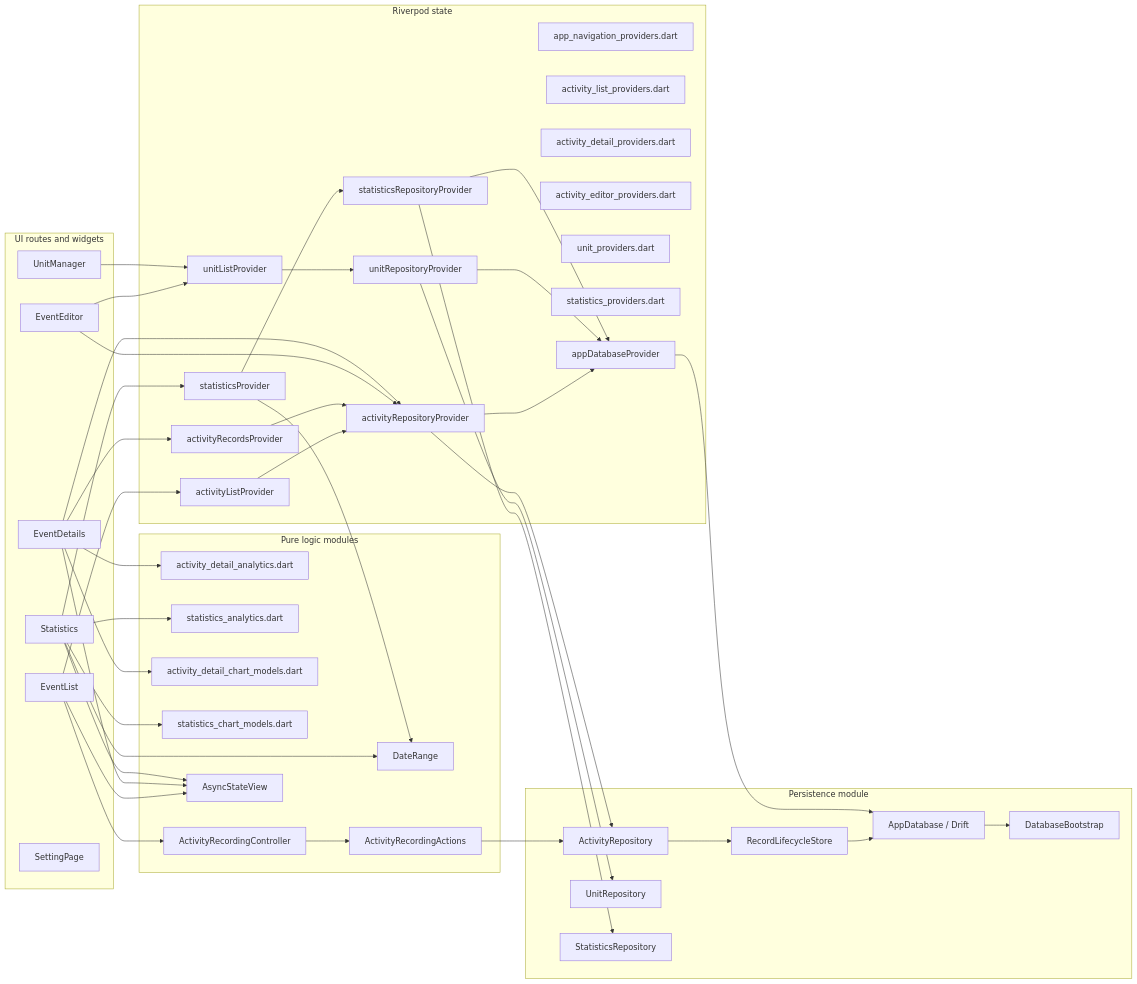
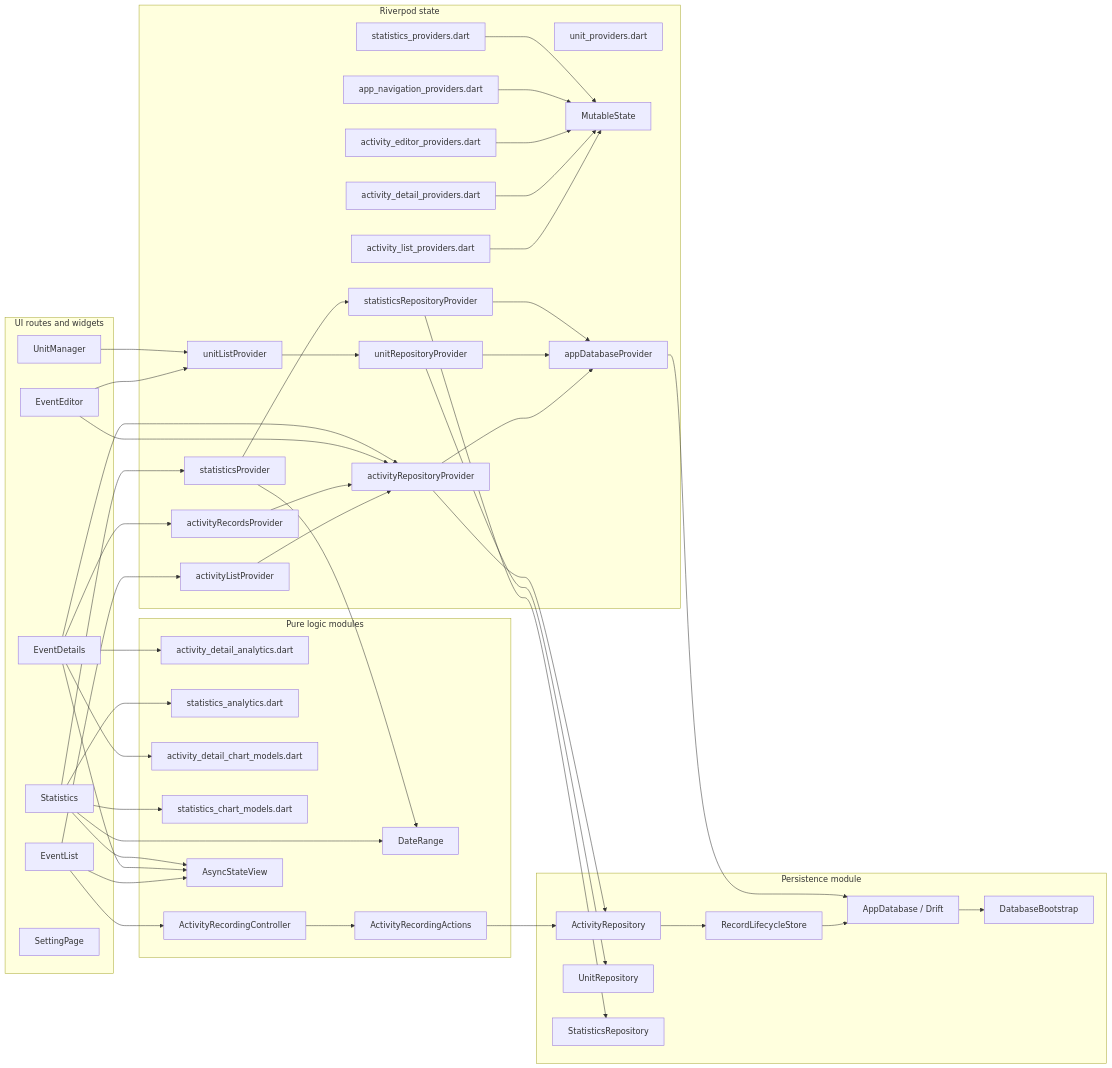
Before and after one commit to Guoyuer/eventTracker: the first of 6 diagrams in docs/architecture/module-flow.md, drawn with Mermaid. The commit also changed 61 other files, not shown here.

```diff
--- a/docs/architecture/module-flow.md
+++ b/docs/architecture/module-flow.md
@@ -33,6 +33,7 @@
     ActivityEditorProviders["activity_editor_providers.dart"]
     UnitProviders["unit_providers.dart"]
     StatisticsProviders["statistics_providers.dart"]
+    MutableState["MutableState"]
     AppDatabaseProvider["appDatabaseProvider"]
     ActivityRepositoryProvider["activityRepositoryProvider"]
     UnitRepositoryProvider["unitRepositoryProvider"]
@@ -55,6 +56,11 @@
   EventList --> ActivityListProvider
   EventList --> ActivityRecordingController
   EventList --> AsyncStateView
+  ActivityListProviders --> MutableState
+  ActivityDetailProviders --> MutableState
+  ActivityEditorProviders --> MutableState
+  AppNavigationProviders --> MutableState
+  StatisticsProviders --> MutableState
   ActivityRecordingController --> ActivityRecordingActions
   ActivityRecordingActions --> ActivityRepository
   ActivityListProvider --> ActivityRepositoryProvider
```
